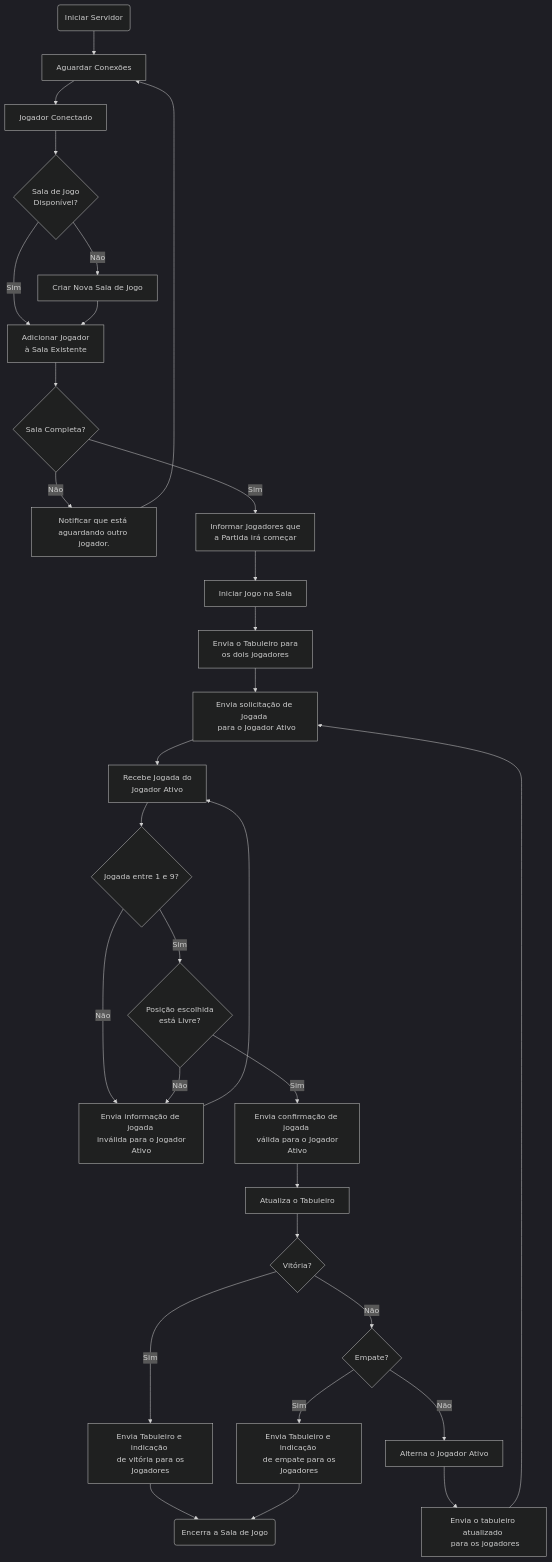
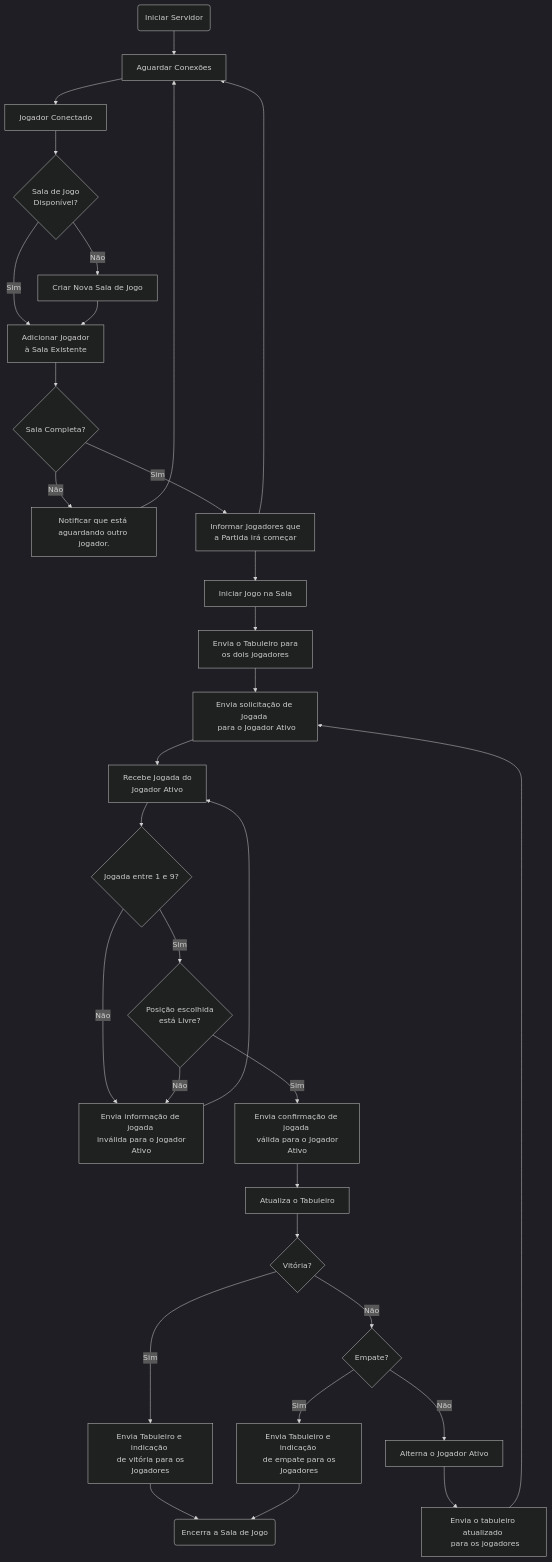
Before and after one commit to lupamedeiros/pjd_redes: the first of 2 diagrams in p01_jogo_da_velha/README.md, drawn with Mermaid (dark theme). The commit also changed other lines of this file and 15 other files, not shown here.

Commit message:
Diagrama de Sequência

````diff
--- a/p01_jogo_da_velha/README.md
+++ b/p01_jogo_da_velha/README.md
@@ -31,33 +31,34 @@
 ```mermaid
 graph TD
 A(Iniciar Servidor) --> B[Aguardar Conexões]
 B --> C[Jogador Conectado]
 C --> D{Sala de Jogo <br> Disponível?}
 D -- Não --> E[Criar Nova Sala de Jogo]
 D -- Sim --> F[Adicionar Jogador <br> à Sala Existente]
 E --> F
 F --> G{Sala Completa?}
 G -- Não --> Z[Notificar que está aguardando outro jogador.]
 Z --> B
 G -- Sim --> W[Informar Jogadores que <br> a Partida irá começar]
+W --> B
 W --> H[Iniciar Jogo na Sala]
 H --> I[Envia o Tabuleiro para <br> os dois jogadores]
 I --> J[Envia solicitação de Jogada <br> para o Jogador Ativo]
 J --> K[Recebe Jogada do <br> Jogador Ativo]
 K --> L{Jogada entre 1 e 9?}
 L -- Não --> M[Envia informação de jogada <br> inválida para o Jogador Ativo]
 L -- Sim --> N{Posição escolhida <br> está Livre?}
 N -- Não --> M
 M --> K
 N -- Sim --> O[Envia confirmação de jogada <br> válida para o Jogador Ativo]
 O --> P[Atualiza o Tabuleiro]
 P --> R{Vitória?}
 R -- Sim --> S[Envia Tabuleiro e indicação <br> de vitória para os Jogadores]
 R -- Não --> T{Empate?}
 T -- Sim --> U[Envia Tabuleiro e indicação <br> de empate para os Jogadores]
 S --> X(Encerra a Sala de Jogo)
 U --> X
 T -- Não --> V[Alterna o Jogador Ativo]
 V --> Y[Envia o tabuleiro atualizado <br> para os jogadores]
 Y --> J
 ```
````
